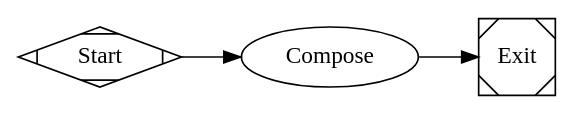
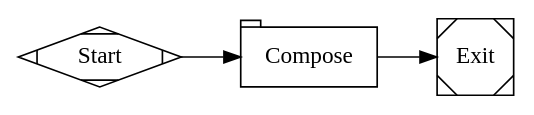
Before and after one commit to rainearcher/fabro: the diagram in demo/01-hello.dot, drawn with Graphviz. The commit also changed 30 other files, not shown here.

First line of the commit message:
Rename handler types and split one_shot into its own handler

```diff
--- a/demo/01-hello.dot
+++ b/demo/01-hello.dot
@@ -1,11 +1,11 @@
 digraph Hello {
     graph [goal="Write a haiku about software workflows"]
     rankdir=LR
 
     start [shape=Mdiamond, label="Start"]
     exit  [shape=Msquare, label="Exit"]
 
-    compose [label="Compose", prompt="Write a haiku (5-7-5 syllable) about software workflows. Output only the haiku, nothing else.", codergen_mode="one_shot", reasoning_effort="low"]
+    compose [label="Compose", prompt="Write a haiku (5-7-5 syllable) about software workflows. Output only the haiku, nothing else.", shape=tab, reasoning_effort="low"]
 
     start -> compose -> exit
 }
```
